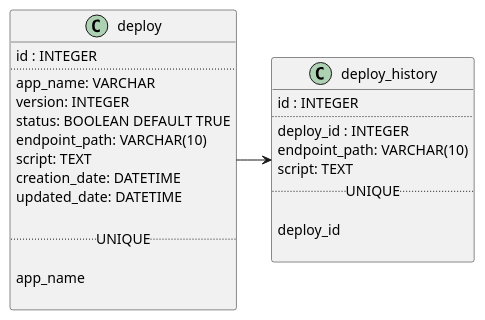
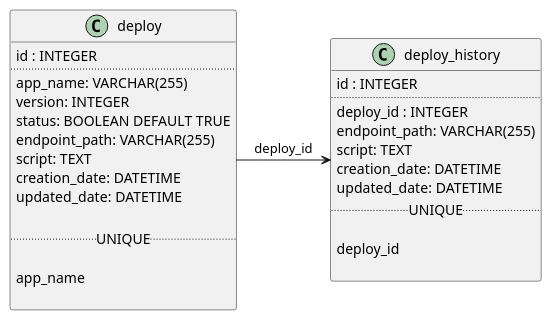
The third of 3 diagrams in Writerside/topics/starter.md (Deploy-Blitz/deploy-blitz-documentation), drawn with PlantUML before and after one commit. The commit also changed other lines of this file, not shown here.

Commit message:
feat: add create deploy

````diff
--- a/Writerside/topics/starter.md
+++ b/Writerside/topics/starter.md
@@ -30,35 +55,38 @@
 ```plantuml
 @startuml
 
 class deploy {
     id : INTEGER
     ..
-    app_name: VARCHAR
+    app_name: VARCHAR(255)
     version: INTEGER
     status: BOOLEAN DEFAULT TRUE
-    endpoint_path: VARCHAR(10)
+    endpoint_path: VARCHAR(255)
     script: TEXT
     creation_date: DATETIME
     updated_date: DATETIME
     
     .. UNIQUE ..
     
     app_name
     
 }
 
 class deploy_history {
     id : INTEGER
     ..
     deploy_id : INTEGER
-    endpoint_path: VARCHAR(10)
+    endpoint_path: VARCHAR(255)
     script: TEXT
+    creation_date: DATETIME
+    updated_date: DATETIME
     .. UNIQUE ..
     
     deploy_id
     
 }
 
-deploy -right->deploy_history
-@enduml 
+deploy -right-> deploy_history : "deploy_id"
+@enduml
+
 ```
````
